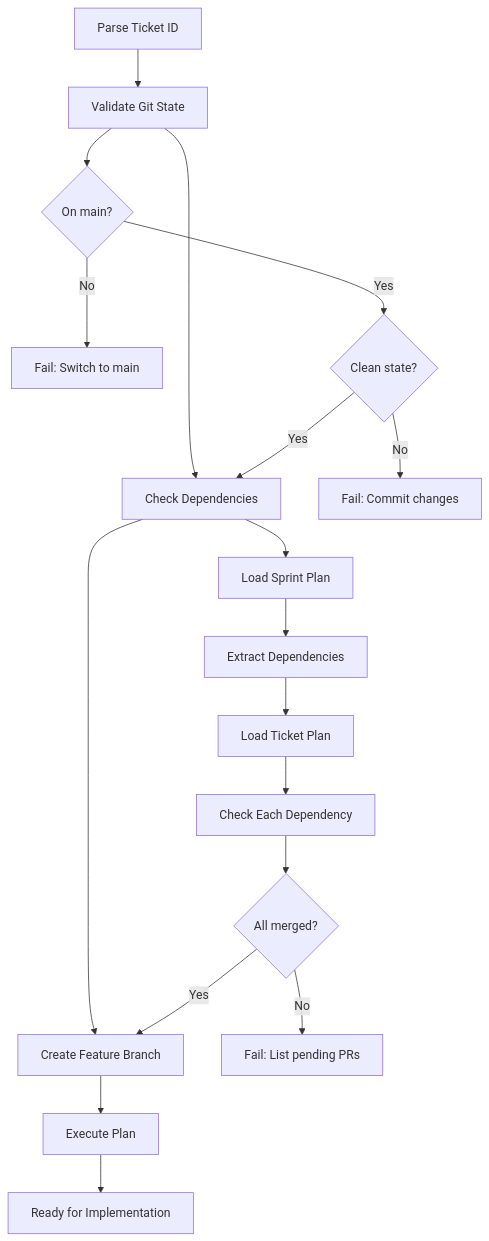
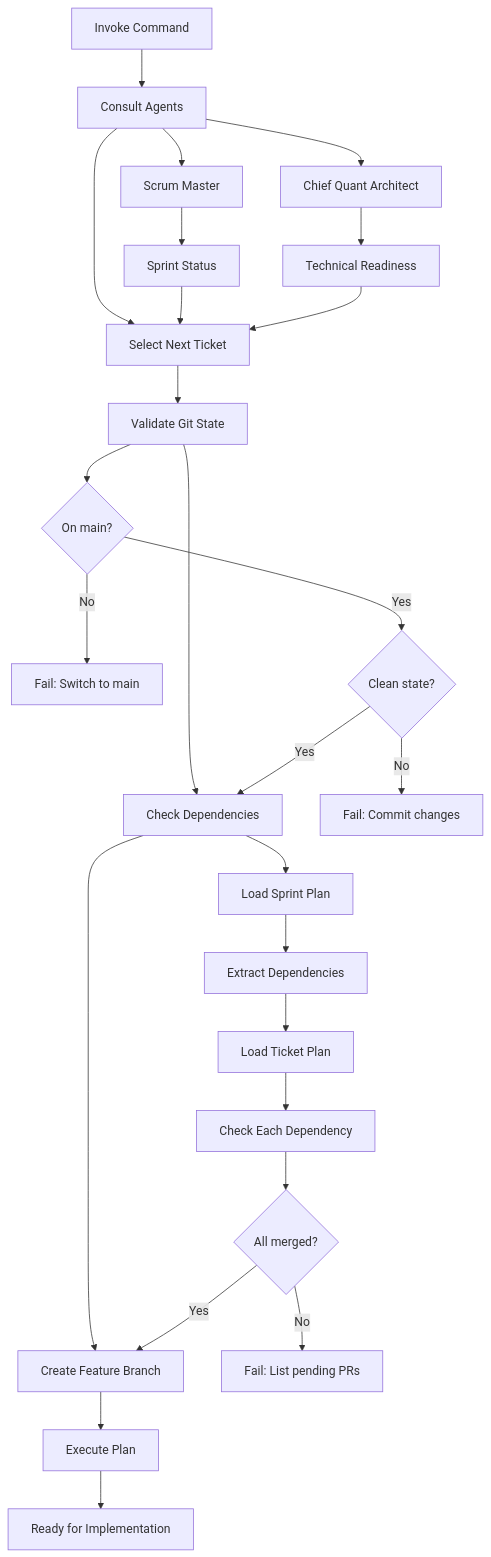
Before and after one commit to jxtngx/ib-interface: the first of 2 diagrams in .cursor/commands/run-ticket-plan.md, drawn with Mermaid. The commit also changed other lines of this file, not shown here.

Commit message:
update run ticket command

````diff
--- a/.cursor/commands/run-ticket-plan.md
+++ b/.cursor/commands/run-ticket-plan.md
@@ -15,22 +15,31 @@
 ```mermaid
 graph TD
-    A[Parse Ticket ID] --> B[Validate Git State]
-    B --> C[Check Dependencies]
-    C --> D[Create Feature Branch]
-    D --> E[Execute Plan]
-    E --> F[Ready for Implementation]
+    A[Invoke Command] --> B[Consult Agents]
+    B --> C[Select Next Ticket]
+    C --> D[Validate Git State]
+    D --> E[Check Dependencies]
+    E --> F[Create Feature Branch]
+    F --> G[Execute Plan]
+    G --> H[Ready for Implementation]
     
-    B --> B1{On main?}
-    B1 -->|No| B2[Fail: Switch to main]
-    B1 -->|Yes| B3{Clean state?}
-    B3 -->|No| B4[Fail: Commit changes]
-    B3 -->|Yes| C
+    B --> B1[Scrum Master]
+    B --> B2[Chief Quant Architect]
+    B1 --> B3[Sprint Status]
+    B2 --> B4[Technical Readiness]
+    B3 --> C
+    B4 --> C
     
-    C --> C1[Load Sprint Plan]
-    C1 --> C2[Extract Dependencies]
-    C2 --> C3[Load Ticket Plan]
-    C3 --> C4[Check Each Dependency]
-    C4 --> C5{All merged?}
-    C5 -->|No| C6[Fail: List pending PRs]
-    C5 -->|Yes| D
+    D --> D1{On main?}
+    D1 -->|No| D2[Fail: Switch to main]
+    D1 -->|Yes| D3{Clean state?}
+    D3 -->|No| D4[Fail: Commit changes]
+    D3 -->|Yes| E
+    
+    E --> E1[Load Sprint Plan]
+    E1 --> E2[Extract Dependencies]
+    E2 --> E3[Load Ticket Plan]
+    E3 --> E4[Check Each Dependency]
+    E4 --> E5{All merged?}
+    E5 -->|No| E6[Fail: List pending PRs]
+    E5 -->|Yes| F
 ```
````
